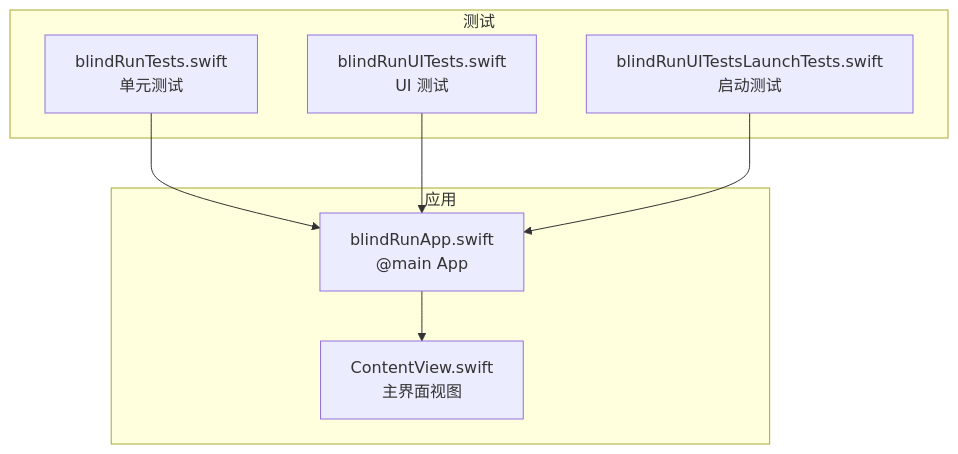
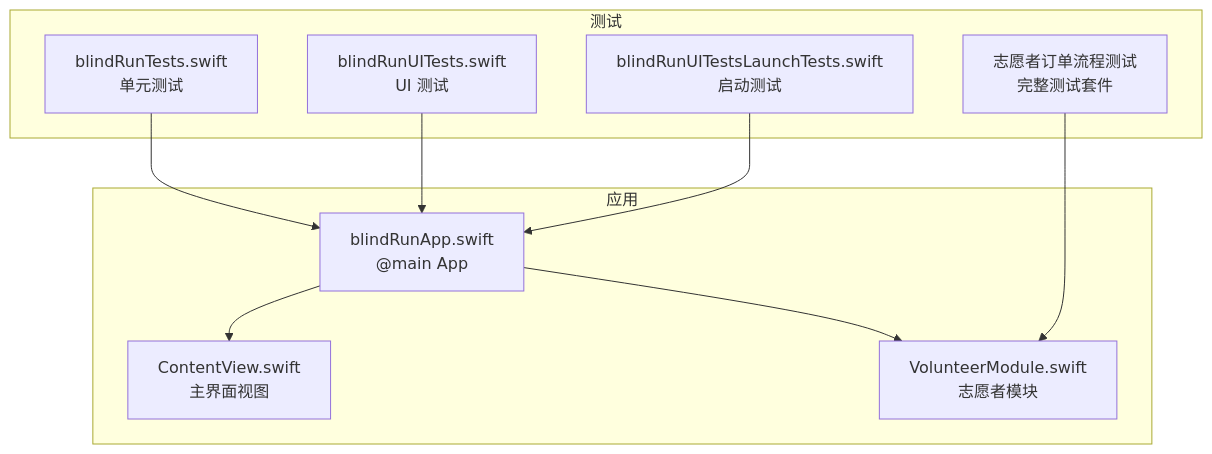
Before and after one commit to Jayden23018/blind-run-ios: the first of 6 diagrams in .qoder/repowiki/zh/content/测试策略/UI 自动化测试.md, drawn with Mermaid. The commit also changed other lines of this file and 8 other files, not shown here.

````diff
--- a/.qoder/repowiki/zh/content/测试策略/UI 自动化测试.md
+++ b/.qoder/repowiki/zh/content/测试策略/UI 自动化测试.md
@@ -46,16 +50,20 @@
 ```mermaid
 graph TB
 subgraph "应用"
 A["blindRunApp.swift<br/>@main App"]
 B["ContentView.swift<br/>主界面视图"]
+C["VolunteerModule.swift<br/>志愿者模块"]
 end
 subgraph "测试"
 T1["blindRunTests.swift<br/>单元测试"]
 T2["blindRunUITests.swift<br/>UI 测试"]
 T3["blindRunUITestsLaunchTests.swift<br/>启动测试"]
+T4["志愿者订单流程测试<br/>完整测试套件"]
 end
 A --> B
+A --> C
 T1 --> A
 T2 --> A
 T3 --> A
+T4 --> C
 ```
````
